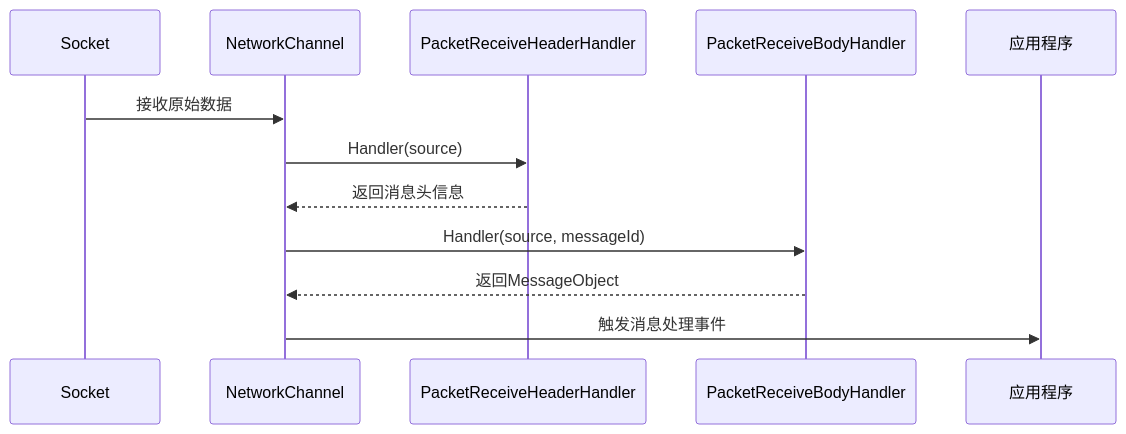
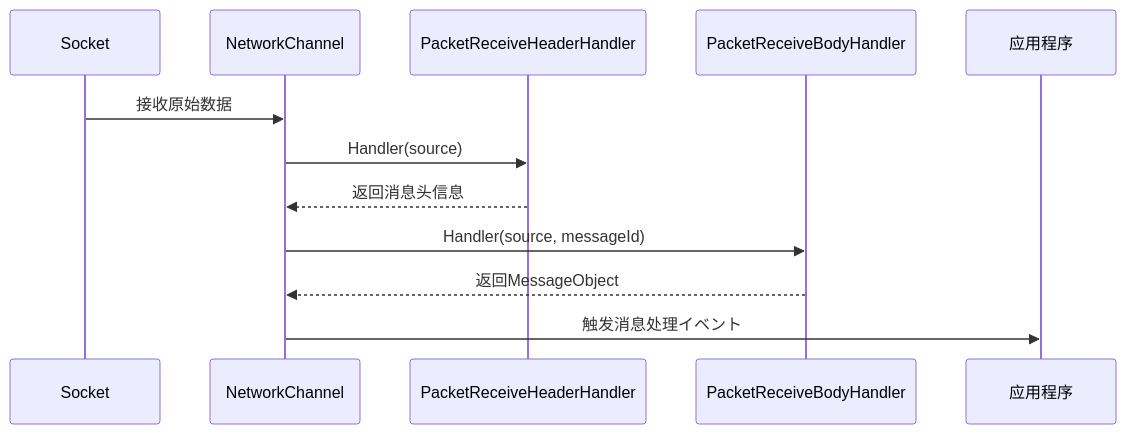
Before and after one commit to AlianBlank/GameFrameX.Docs: the fourth of 7 diagrams in docs/ja/client/unity/component/network/01.overview.md, drawn with Mermaid. The commit also changed other lines of this file and 603 other files, not shown here.

````diff
--- a/docs/ja/client/unity/component/network/01.overview.md
+++ b/docs/ja/client/unity/component/network/01.overview.md
@@ -258,15 +258,15 @@
 ```mermaid
 sequenceDiagram
     participant Socket as Socket
     participant NC as NetworkChannel
     participant PRH as PacketReceiveHeaderHandler
     participant PRB as PacketReceiveBodyHandler
     participant App as 应用程序
     
     Socket->>NC: 接收原始数据
     NC->>PRH: Handler(source)
     PRH-->>NC: 返回消息头信息
     NC->>PRB: Handler(source, messageId)
     PRB-->>NC: 返回MessageObject
-    NC->>App: 触发消息处理事件
+    NC->>App: 触发消息处理イベント
 ```
````
